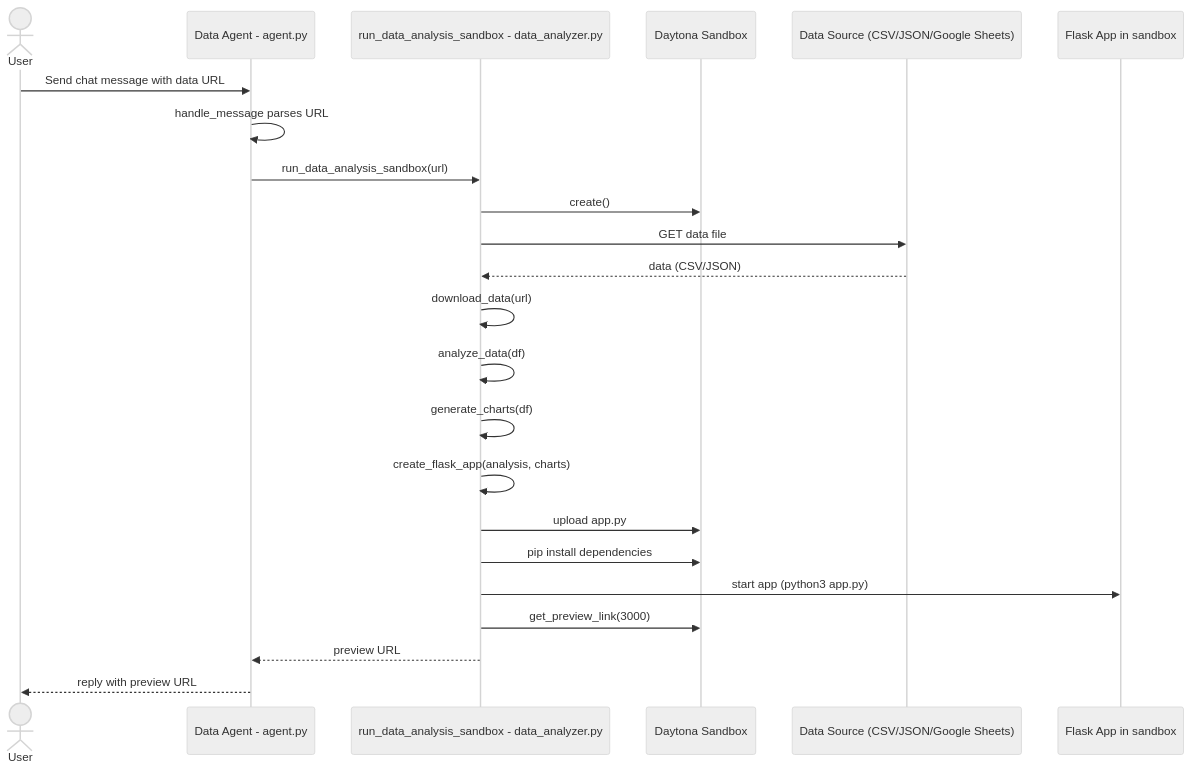
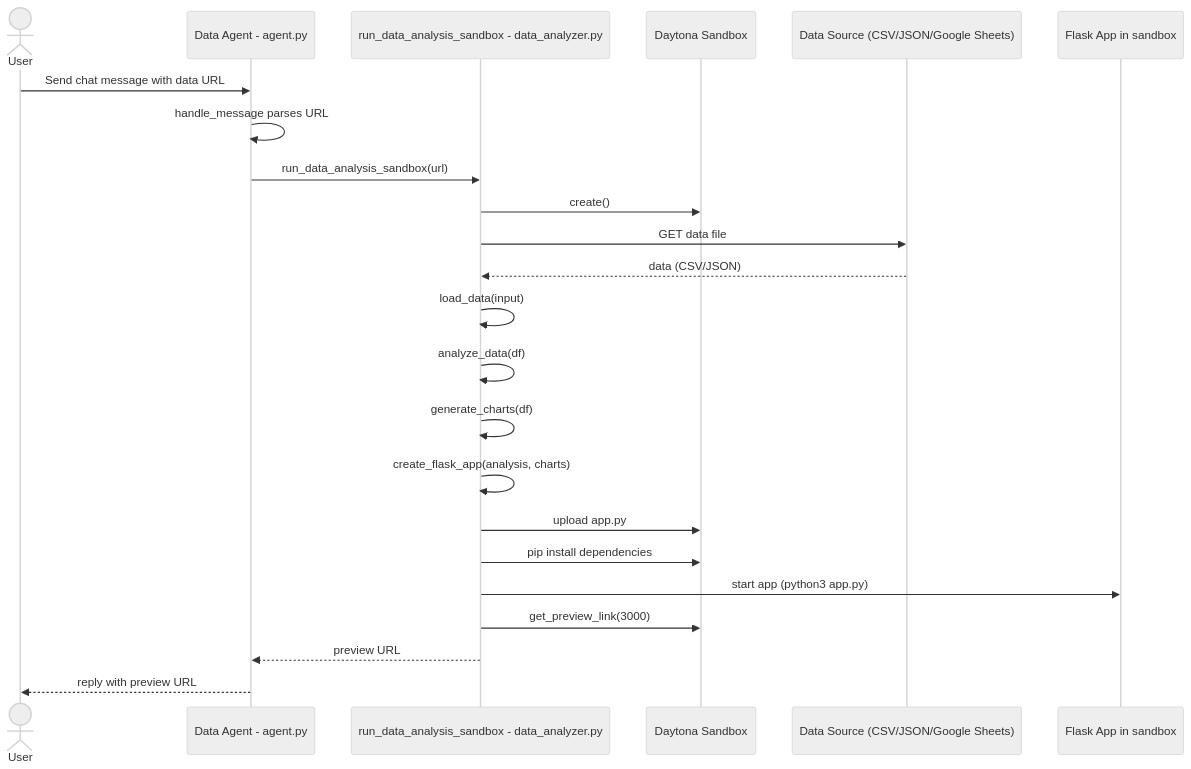
The second of 2 diagrams in README.md (gautammanak1/Data-Summarization-fetchai-daytona), drawn with Mermaid (neutral theme) before and after one commit. The commit also changed other lines of this file and 2 other files, not shown here.

````diff
--- a/README.md
+++ b/README.md
@@ -158,26 +146,26 @@
 ```mermaid
 sequenceDiagram
   actor User
   participant Agent as Data Agent - agent.py
   participant Runner as run_data_analysis_sandbox - data_analyzer.py
   participant Daytona as Daytona Sandbox
   participant DataSource as Data Source (CSV/JSON/Google Sheets)
   participant Flask as Flask App in sandbox
 
   User->>Agent: Send chat message with data URL
   Agent->>Agent: handle_message parses URL
   Agent->>Runner: run_data_analysis_sandbox(url)
   Runner->>Daytona: create()
   Runner->>DataSource: GET data file
   DataSource-->>Runner: data (CSV/JSON)
-  Runner->>Runner: download_data(url)
+  Runner->>Runner: load_data(input)
   Runner->>Runner: analyze_data(df)
   Runner->>Runner: generate_charts(df)
   Runner->>Runner: create_flask_app(analysis, charts)
   Runner->>Daytona: upload app.py
   Runner->>Daytona: pip install dependencies
   Runner->>Flask: start app (python3 app.py)
   Runner->>Daytona: get_preview_link(3000)
   Runner-->>Agent: preview URL
   Agent-->>User: reply with preview URL
 ```
````
